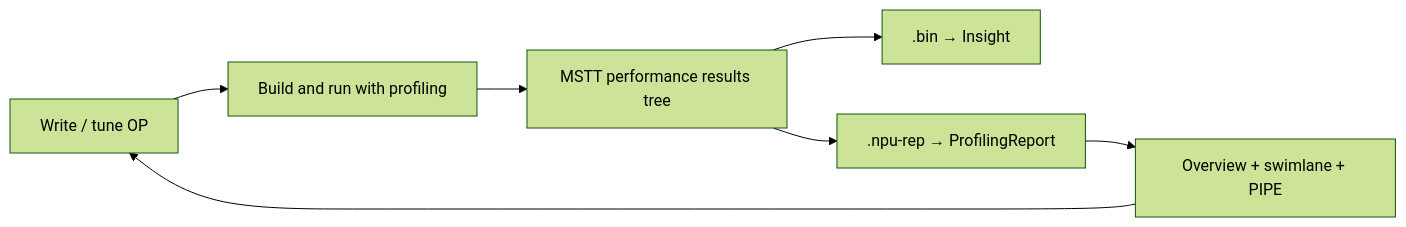
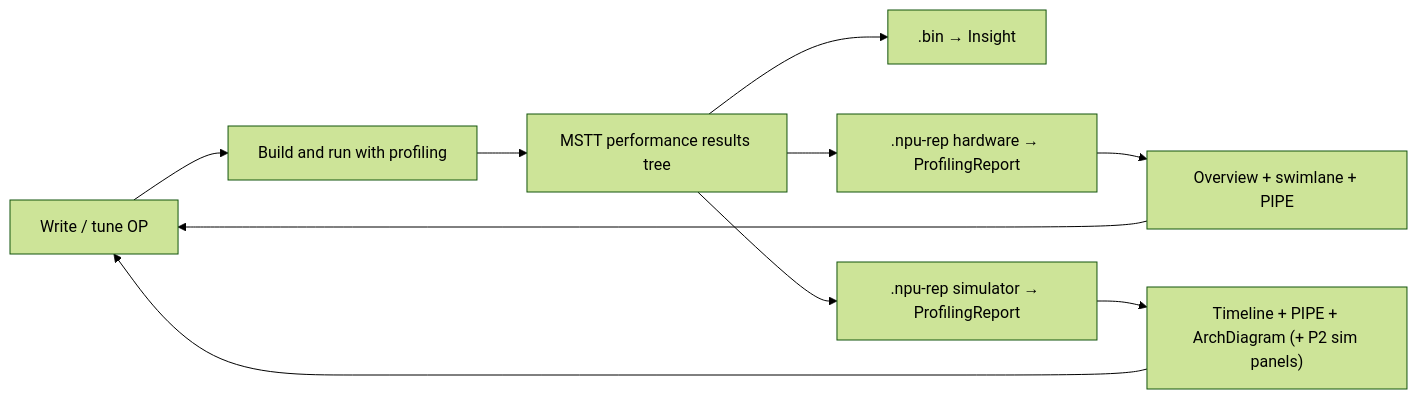
Before and after one commit to IdeFrontend/profiling-report: the diagram in docs/context/DOMAIN_AND_USERS.md, drawn with Mermaid (forest theme). The commit also changed other lines of this file and 79 other files, not shown here.

First line of the commit message:
feat: emulate profile adapter (npu_emulate .npu-rep) (#118)

````diff
--- a/docs/context/DOMAIN_AND_USERS.md
+++ b/docs/context/DOMAIN_AND_USERS.md
@@ -40,9 +42,12 @@
 ```mermaid
 flowchart LR
   Write["Write / tune OP"] --> Build["Build and run with profiling"]
   Build --> Tree["MSTT performance results tree"]
   Tree --> Bin[".bin → Insight"]
-  Tree --> Rep[".npu-rep → ProfilingReport"]
+  Tree --> Rep[".npu-rep hardware → ProfilingReport"]
+  Tree --> Sim[".npu-rep simulator → ProfilingReport"]
   Rep --> Diagnose["Overview + swimlane + PIPE"]
+  Sim --> DiagnoseSim["Timeline + PIPE + ArchDiagram (+ P2 sim panels)"]
   Diagnose --> Write
+  DiagnoseSim --> Write
 ```
````
